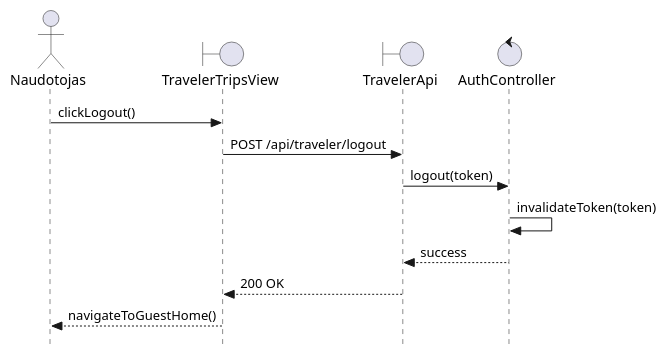
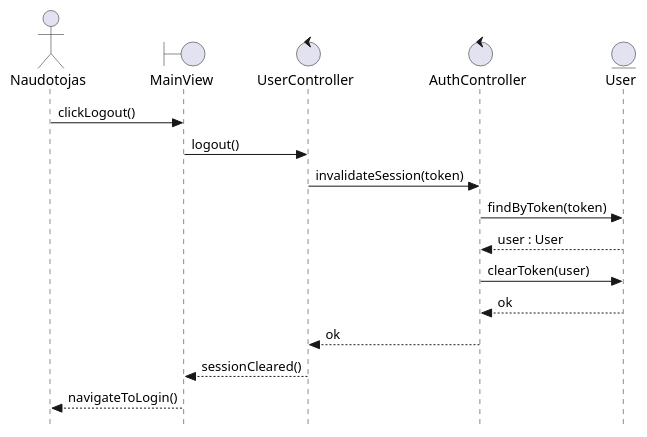
The diagram in _refs/diagrams-new-quick/sequence/naudotojo_posisteme/Atsijungti.puml (SauliusDev/ps-projektas), drawn with PlantUML before and after one commit. The commit also changed 86 other files, not shown here.

First line of the commit message:
feat: rewrite P2 sequence/package diagrams with proper BCE components

```diff
--- a/_refs/diagrams-new-quick/sequence/naudotojo_posisteme/Atsijungti.puml
+++ b/_refs/diagrams-new-quick/sequence/naudotojo_posisteme/Atsijungti.puml
@@ -1,16 +1,20 @@
 @startuml Atsijungti
 skinparam style strictuml
 
 actor Naudotojas as A
-boundary TravelerTripsView as V
-boundary TravelerApi as API
-control AuthController as C
+boundary MainView as V
+control UserController as FEC
+control AuthController as BEC
+entity User as E
 
 A -> V : clickLogout()
-V -> API : POST /api/traveler/logout
-API -> C : logout(token)
-C -> C : invalidateToken(token)
-C --> API : success
-API --> V : 200 OK
-V --> A : navigateToGuestHome()
+V -> FEC : logout()
+FEC -> BEC : invalidateSession(token)
+BEC -> E : findByToken(token)
+E --> BEC : user : User
+BEC -> E : clearToken(user)
+E --> BEC : ok
+BEC --> FEC : ok
+FEC --> V : sessionCleared()
+V --> A : navigateToLogin()
 @enduml
```
